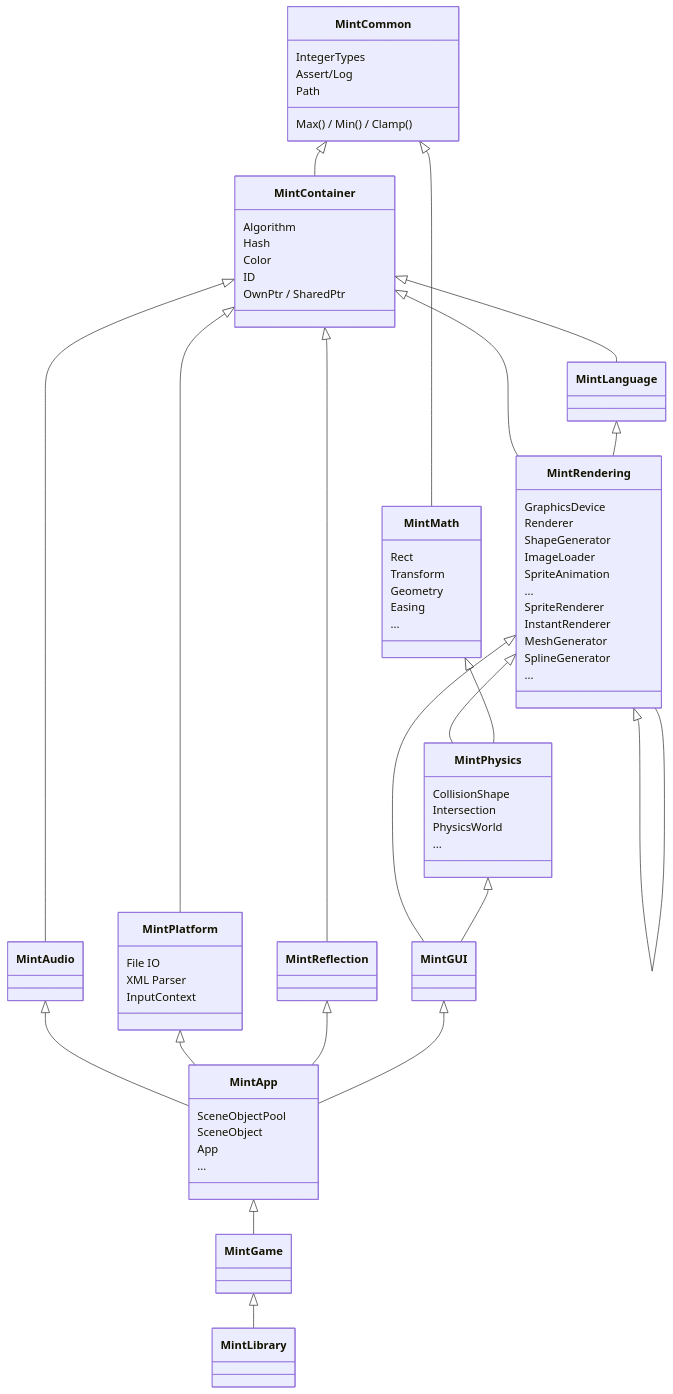
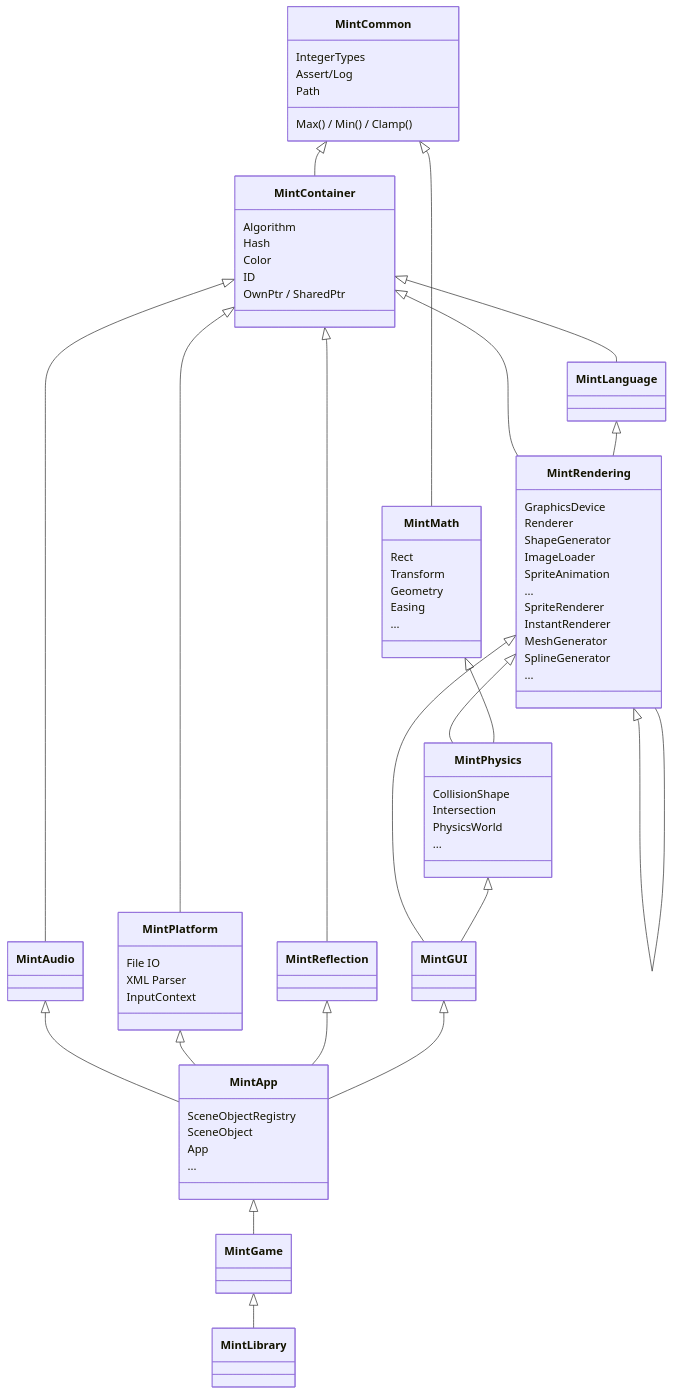
The diagram in MintCommon/LibraryStructure.md (principal6/MintLibrary), drawn with Mermaid before and after one commit. The commit also changed 24 other files, not shown here.

First line of the commit message:
Refactor SceneObjectPool to SceneObjectRegistry

```diff
--- a/MintCommon/LibraryStructure.md
+++ b/MintCommon/LibraryStructure.md
@@ -76,7 +76,7 @@
         ...
     }
     class MintApp{
-        SceneObjectPool
+        SceneObjectRegistry
         SceneObject
         App
         ...
```
